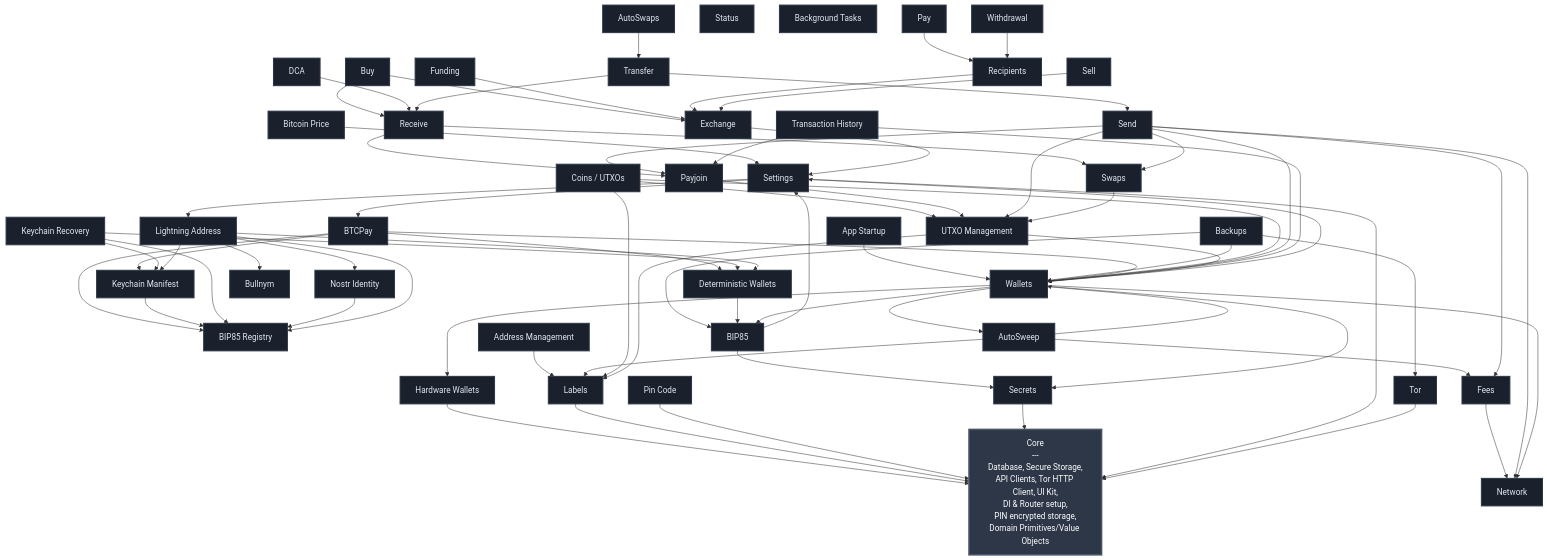
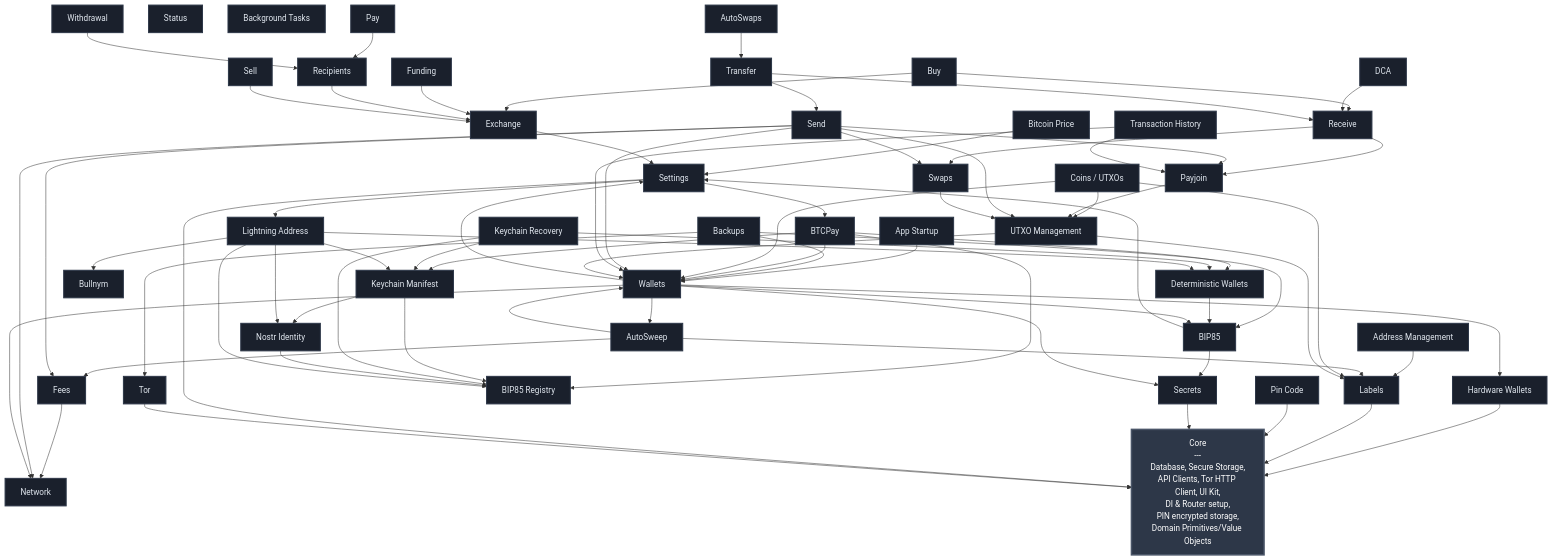
The diagram in FEATURES.md (BullishNode/bullbitcoin-mobile), drawn with Mermaid before and after one commit. The commit also changed 7 other files, not shown here.

Commit message:
feat(keychain_manifest): build signed nostr manifest events

```diff
--- a/FEATURES.md
+++ b/FEATURES.md
@@ -77,6 +77,7 @@
     BTCPAY --> WALLETS
     DETERMINISTIC_WALLETS --> BIP85
     KEYCHAIN_MANIFEST --> BIP85_REGISTRY
+    KEYCHAIN_MANIFEST --> NOSTR_IDENTITY
     KEYCHAIN_RECOVERY --> BIP85_REGISTRY
     KEYCHAIN_RECOVERY --> DETERMINISTIC_WALLETS
     KEYCHAIN_RECOVERY --> KEYCHAIN_MANIFEST
```
